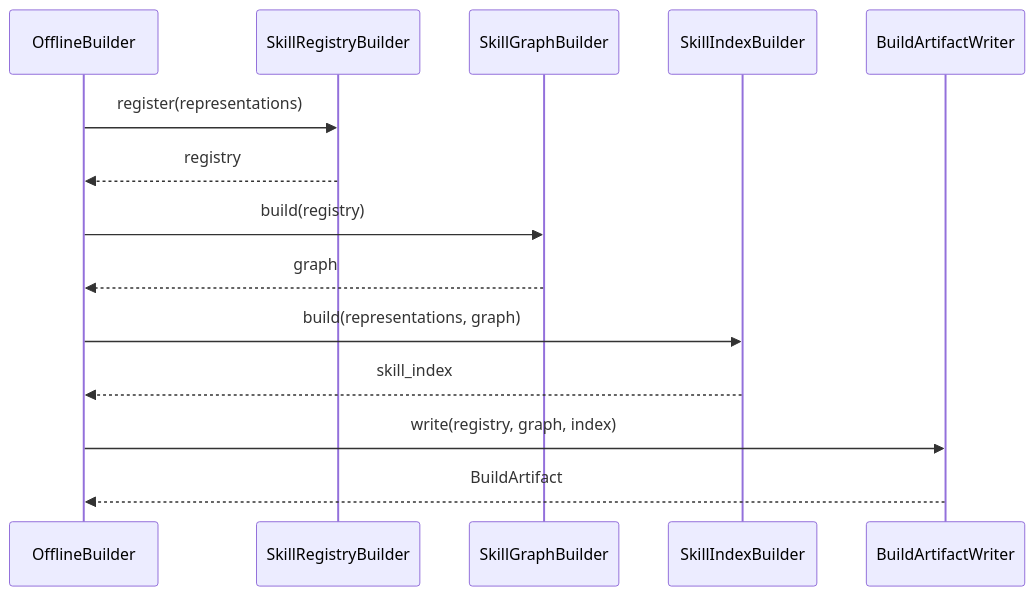
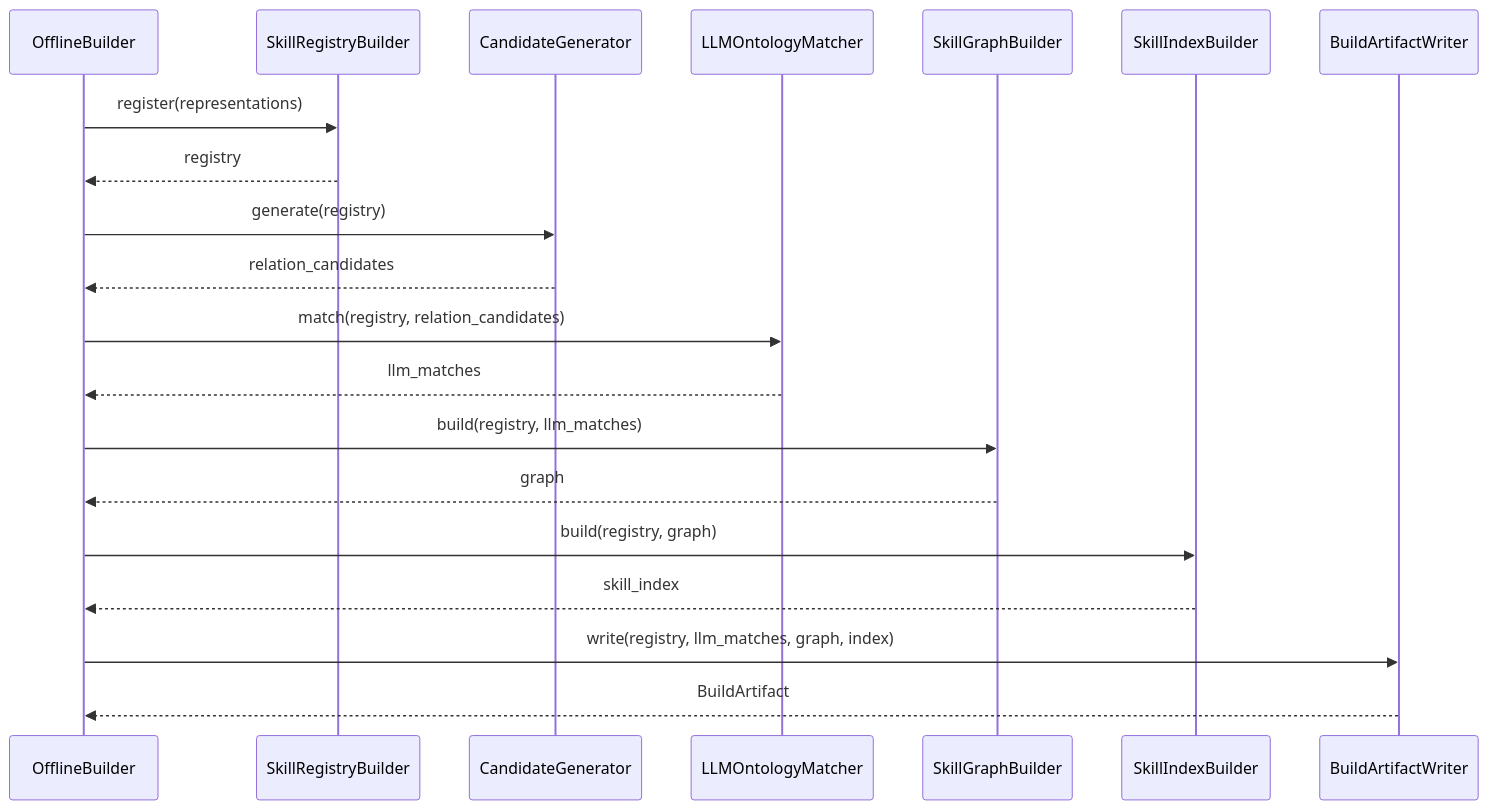
Before and after one commit to xiao-yu-lin/SkillMash: the second of 2 diagrams in docs/modules/offline-graph-construction.md, drawn with Mermaid. The commit also changed other lines of this file and 16 other files, not shown here.

Commit message:
Add build_dir support for loading graph UI

````diff
--- a/docs/modules/offline-graph-construction.md
+++ b/docs/modules/offline-graph-construction.md
@@ -99,17 +145,23 @@
 ```mermaid
 sequenceDiagram
   participant Offline as OfflineBuilder
   participant Registry as SkillRegistryBuilder
+  participant Candidate as CandidateGenerator
+  participant Matcher as LLMOntologyMatcher
   participant Graph as SkillGraphBuilder
   participant Index as SkillIndexBuilder
   participant Writer as BuildArtifactWriter
 
   Offline->>Registry: register(representations)
   Registry-->>Offline: registry
-  Offline->>Graph: build(registry)
+  Offline->>Candidate: generate(registry)
+  Candidate-->>Offline: relation_candidates
+  Offline->>Matcher: match(registry, relation_candidates)
+  Matcher-->>Offline: llm_matches
+  Offline->>Graph: build(registry, llm_matches)
   Graph-->>Offline: graph
-  Offline->>Index: build(representations, graph)
+  Offline->>Index: build(registry, graph)
   Index-->>Offline: skill_index
-  Offline->>Writer: write(registry, graph, index)
+  Offline->>Writer: write(registry, llm_matches, graph, index)
   Writer-->>Offline: BuildArtifact
 ```
````
